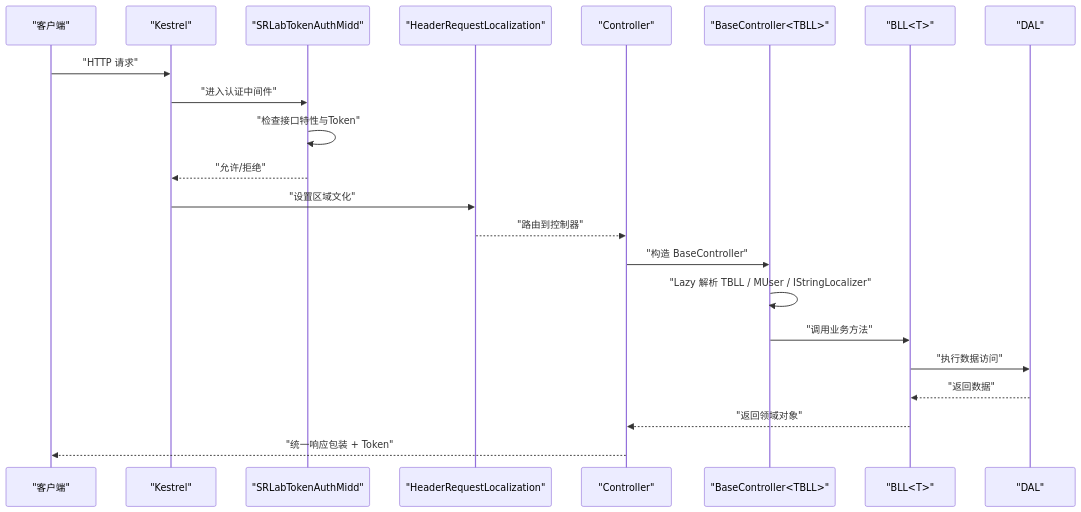
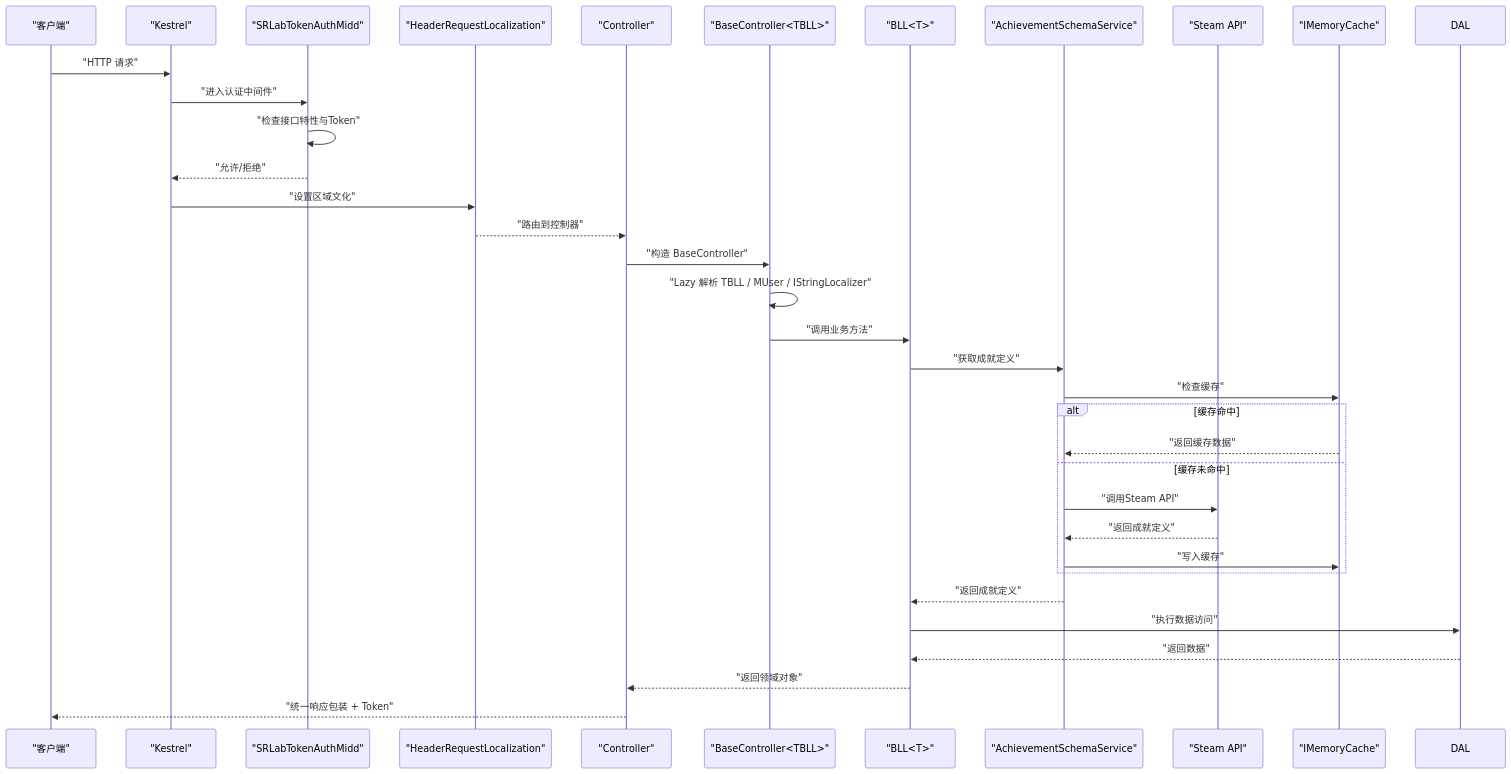
One commit to TinyMaD/SpeedRunnersLab changed the second of 7 diagrams in .qoder/repowiki/zh/content/后端 API 服务/API 架构设计.md. Above: the diagram before and after it, drawn with Mermaid. The commit also changed other lines of this file and 9 other files, not shown here.

````diff
--- a/.qoder/repowiki/zh/content/后端 API 服务/API 架构设计.md
+++ b/.qoder/repowiki/zh/content/后端 API 服务/API 架构设计.md
@@ -162,24 +177,36 @@
 ```mermaid
 sequenceDiagram
 participant Client as "客户端"
 participant Kestrel as "Kestrel"
 participant MW_Auth as "SRLabTokenAuthMidd"
 participant MW_Local as "HeaderRequestLocalization"
 participant Ctrl as "Controller"
 participant Base as "BaseController<TBLL>"
 participant BLL as "BLL<T>"
-participant DAL as "DAL"
+participant AchievementCache as "AchievementSchemaService"
+participant SteamAPI as "Steam API"
+participant MemoryCache as "IMemoryCache"
 Client->>Kestrel : "HTTP 请求"
 Kestrel->>MW_Auth : "进入认证中间件"
 MW_Auth->>MW_Auth : "检查接口特性与Token"
 MW_Auth-->>Kestrel : "允许/拒绝"
 Kestrel->>MW_Local : "设置区域文化"
 MW_Local-->>Ctrl : "路由到控制器"
 Ctrl->>Base : "构造 BaseController"
 Base->>Base : "Lazy 解析 TBLL / MUser / IStringLocalizer"
 Base->>BLL : "调用业务方法"
+BLL->>AchievementCache : "获取成就定义"
+AchievementCache->>MemoryCache : "检查缓存"
+alt 缓存命中
+MemoryCache-->>AchievementCache : "返回缓存数据"
+else 缓存未命中
+AchievementCache->>SteamAPI : "调用Steam API"
+SteamAPI-->>AchievementCache : "返回成就定义"
+AchievementCache->>MemoryCache : "写入缓存"
+end
+AchievementCache-->>BLL : "返回成就定义"
 BLL->>DAL : "执行数据访问"
 DAL-->>BLL : "返回数据"
 BLL-->>Ctrl : "返回领域对象"
 Ctrl-->>Client : "统一响应包装 + Token"
 ```
````
